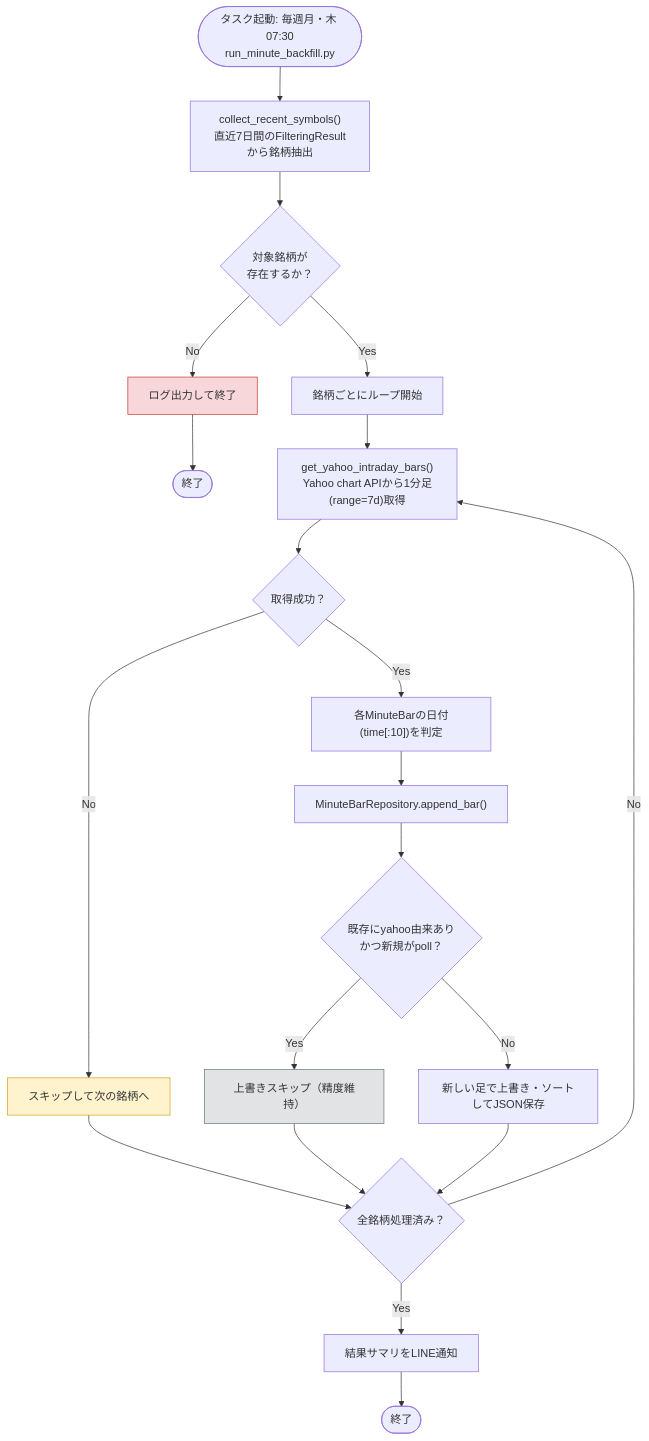
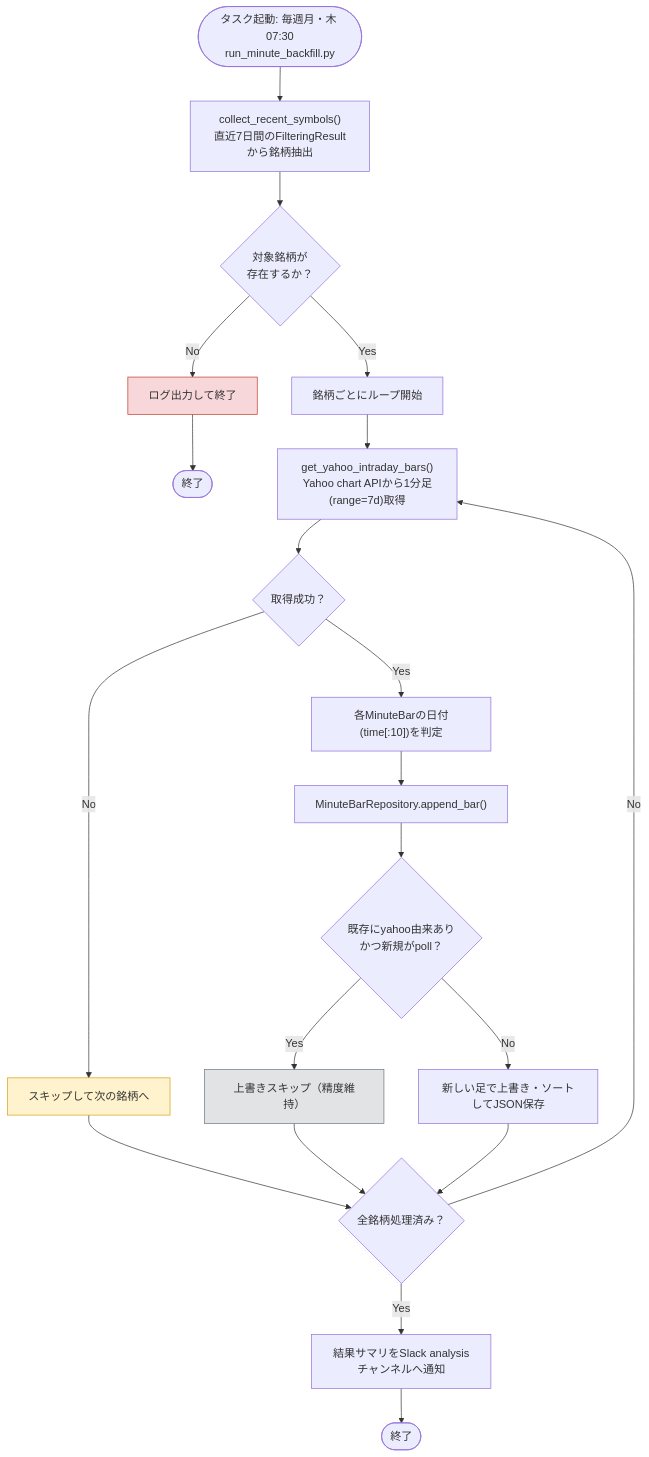
The diagram in docs/detail_design/04-minute-bar-backfill-flow.mermaid (kiyoto-aizu/trade-pjoject), drawn with Mermaid before and after one commit. The commit also changed 6 other files, not shown here.

Commit message:
docs: 01・02設計書と通知まわり・architectureを更新

```diff
--- a/docs/detail_design/04-minute-bar-backfill-flow.mermaid
+++ b/docs/detail_design/04-minute-bar-backfill-flow.mermaid
@@ -1,27 +1,27 @@
 flowchart TD
     Start(["タスク起動: 毎週月・木 07:30<br/>run_minute_backfill.py"]) --> A1["collect_recent_symbols()<br/>直近7日間のFilteringResultから銘柄抽出"]
     A1 --> A2{"対象銘柄が<br/>存在するか？"}
     A2 -->|No| A2a["ログ出力して終了"]
     A2a --> End(["終了"])
 
     A2 -->|Yes| B1["銘柄ごとにループ開始"]
     B1 --> B2["get_yahoo_intraday_bars()<br/>Yahoo chart APIから1分足(range=7d)取得"]
     B2 --> B3{"取得成功？"}
     B3 -->|No| B3a["スキップして次の銘柄へ"]
     B3 -->|Yes| C1["各MinuteBarの日付(time[:10])を判定"]
 
     C1 --> C2["MinuteBarRepository.append_bar()"]
     C2 --> C3{"既存にyahoo由来あり<br/>かつ新規がpoll？"}
     C3 -->|Yes| C3a["上書きスキップ（精度維持）"]
     C3 -->|No| C3b["新しい足で上書き・ソートしてJSON保存"]
 
     B3a --> NextSymbol{"全銘柄処理済み？"}
     C3a --> NextSymbol
     C3b --> NextSymbol
     NextSymbol -->|No| B2
-    NextSymbol -->|Yes| D1["結果サマリをLINE通知"]
+    NextSymbol -->|Yes| D1["結果サマリをSlack analysisチャンネルへ通知"]
     D1 --> End2(["終了"])
 
     style A2a fill:#f8d7da,stroke:#c0392b
     style B3a fill:#fff3cd,stroke:#d4a017
     style C3a fill:#e2e3e5,stroke:#6c757d
```
